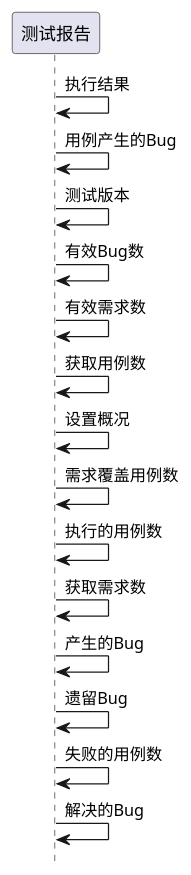
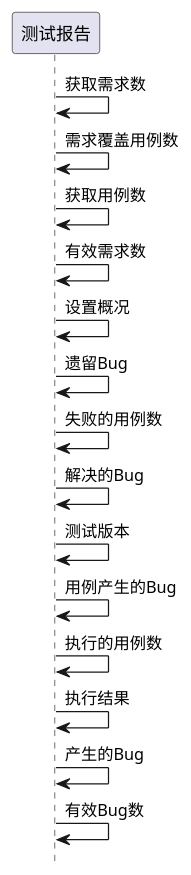
Before and after one commit to zj335841911/nt_chandao: the fourth of 9 diagrams in ibizpms-docs/src/main/doc/v1/module/zentao/TestReport_old.md, drawn with PlantUML. The commit also changed other lines of this file and 2125 other files, not shown here.

```diff
--- a/ibizpms-docs/src/main/doc/v1/module/zentao/TestReport_old.md
+++ b/ibizpms-docs/src/main/doc/v1/module/zentao/TestReport_old.md
@@ -185,18 +185,18 @@
 {% plantuml %}
 hide footbox
 
-测试报告 -> 测试报告: 执行结果
-测试报告 -> 测试报告: 用例产生的Bug
-测试报告 -> 测试报告: 测试版本
-测试报告 -> 测试报告: 有效Bug数
+测试报告 -> 测试报告: 获取需求数
+测试报告 -> 测试报告: 需求覆盖用例数
+测试报告 -> 测试报告: 获取用例数
 测试报告 -> 测试报告: 有效需求数
-测试报告 -> 测试报告: 获取用例数
 测试报告 -> 测试报告: 设置概况
-测试报告 -> 测试报告: 需求覆盖用例数
-测试报告 -> 测试报告: 执行的用例数
-测试报告 -> 测试报告: 获取需求数
-测试报告 -> 测试报告: 产生的Bug
 测试报告 -> 测试报告: 遗留Bug
 测试报告 -> 测试报告: 失败的用例数
 测试报告 -> 测试报告: 解决的Bug
+测试报告 -> 测试报告: 测试版本
+测试报告 -> 测试报告: 用例产生的Bug
+测试报告 -> 测试报告: 执行的用例数
+测试报告 -> 测试报告: 执行结果
+测试报告 -> 测试报告: 产生的Bug
+测试报告 -> 测试报告: 有效Bug数
 {% endplantuml %}
```
